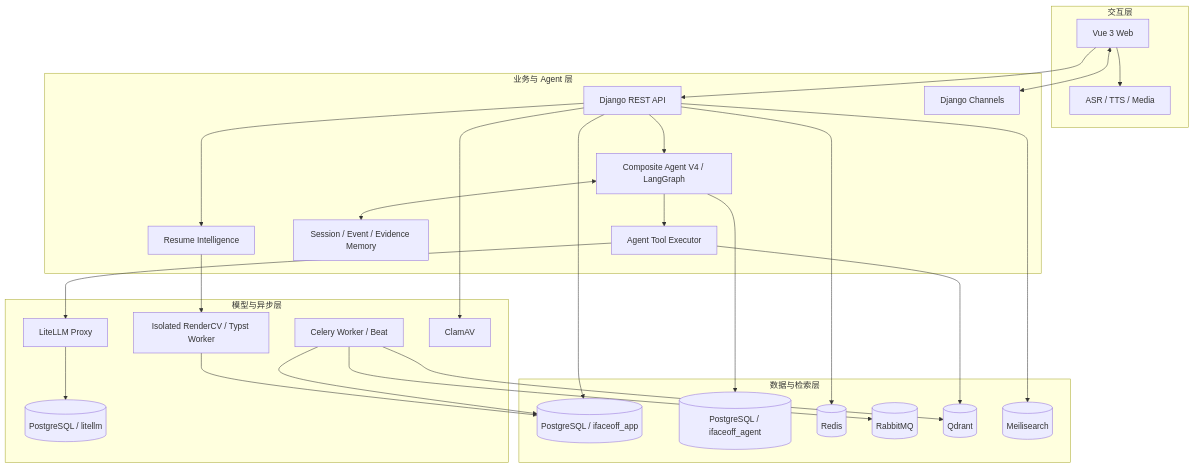
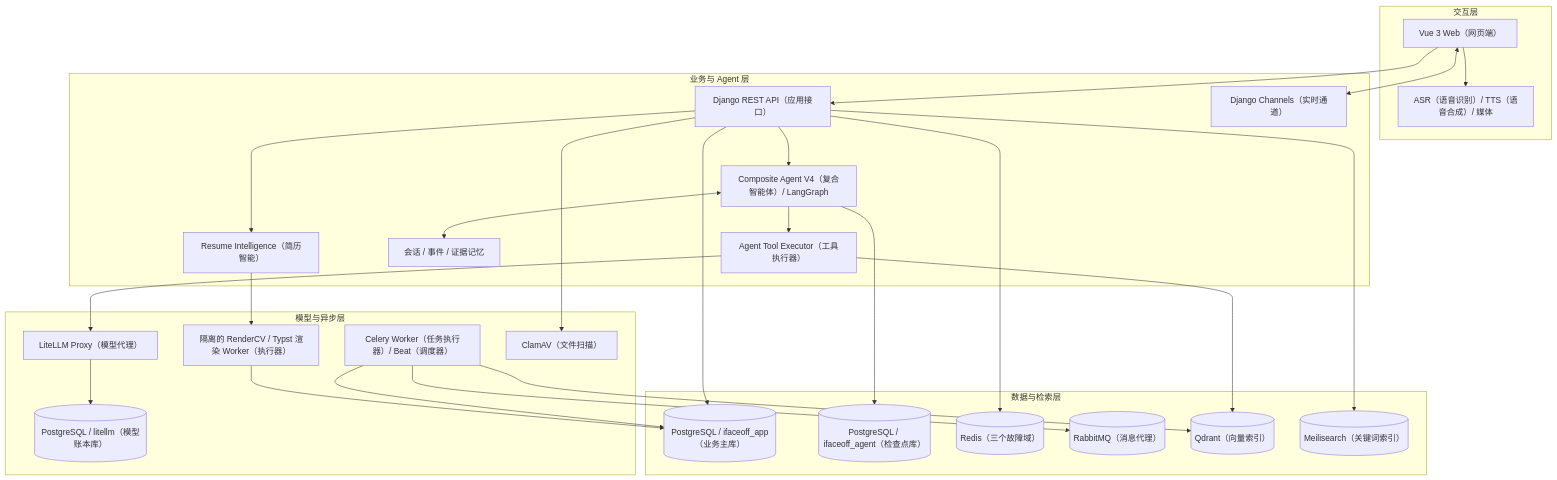
Before and after one commit to 6Asmile/AI_interview: the third of 5 diagrams in README.md, drawn with Mermaid. The commit also changed other lines of this file and 91 other files, not shown here.

````diff
--- a/README.md
+++ b/README.md
@@ -122,54 +135,54 @@
 ```mermaid
 flowchart TB
     subgraph UX["交互层"]
-        WEB["Vue 3 Web"]
-        SPEECH["ASR / TTS / Media"]
+        WEB["Vue 3 Web（网页端）"]
+        SPEECH["ASR（语音识别）/ TTS（语音合成）/ 媒体"]
     end
 
     subgraph APP["业务与 Agent 层"]
-        API["Django REST API"]
-        WS["Django Channels"]
-        AGENT["Composite Agent V4 / LangGraph"]
-        TOOLS["Agent Tool Executor"]
-        MEMORY["Session / Event / Evidence Memory"]
-        RESUME["Resume Intelligence"]
+        API["Django REST API（应用接口）"]
+        WS["Django Channels（实时通道）"]
+        AGENT["Composite Agent V4（复合智能体）/ LangGraph"]
+        TOOLS["Agent Tool Executor（工具执行器）"]
+        MEMORY["会话 / 事件 / 证据记忆"]
+        RESUME["Resume Intelligence（简历智能）"]
     end
 
     subgraph DATA["数据与检索层"]
-        PGAPP[(PostgreSQL / ifaceoff_app)]
-        PGAGENT[(PostgreSQL / ifaceoff_agent)]
-        REDIS[(Redis)]
-        MQ[(RabbitMQ)]
-        QDRANT[(Qdrant)]
-        SEARCH[(Meilisearch)]
+        PGAPP[(PostgreSQL / ifaceoff_app（业务主库）)]
+        PGAGENT[(PostgreSQL / ifaceoff_agent（检查点库）)]
+        REDIS[(Redis（三个故障域）)]
+        MQ[(RabbitMQ（消息代理）)]
+        QDRANT[(Qdrant（向量索引）)]
+        SEARCH[(Meilisearch（关键词索引）)]
     end
 
     subgraph AI["模型与异步层"]
-        WORKER["Celery Worker / Beat"]
-        RENDER["Isolated RenderCV / Typst Worker"]
-        GATEWAY["LiteLLM Proxy"]
-        PGLITELLM[(PostgreSQL / litellm)]
-        SCAN["ClamAV"]
+        WORKER["Celery Worker（任务执行器）/ Beat（调度器）"]
+        RENDER["隔离的 RenderCV / Typst 渲染 Worker（执行器）"]
+        GATEWAY["LiteLLM Proxy（模型代理）"]
+        PGLITELLM[(PostgreSQL / litellm（模型账本库）)]
+        SCAN["ClamAV（文件扫描）"]
     end
 
     WEB --> API
     WEB <--> WS
     WEB --> SPEECH
     API --> AGENT
     API --> RESUME
     AGENT --> TOOLS
     AGENT <--> MEMORY
     TOOLS --> GATEWAY
     TOOLS --> QDRANT
     API --> PGAPP
     AGENT --> PGAGENT
     API --> REDIS
     API --> SEARCH
     API --> SCAN
     WORKER --> MQ
     WORKER --> PGAPP
     WORKER --> QDRANT
     RESUME --> RENDER
     RENDER --> PGAPP
     GATEWAY --> PGLITELLM
 ```
````
